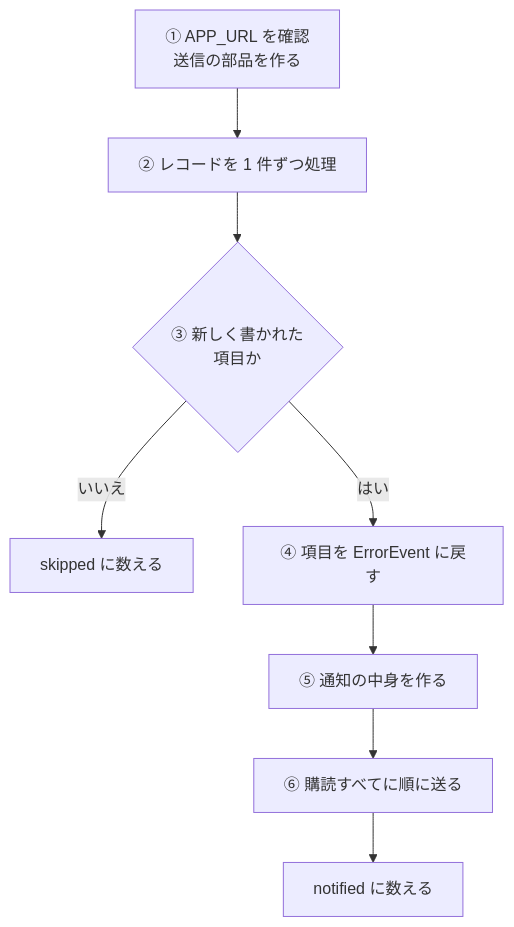
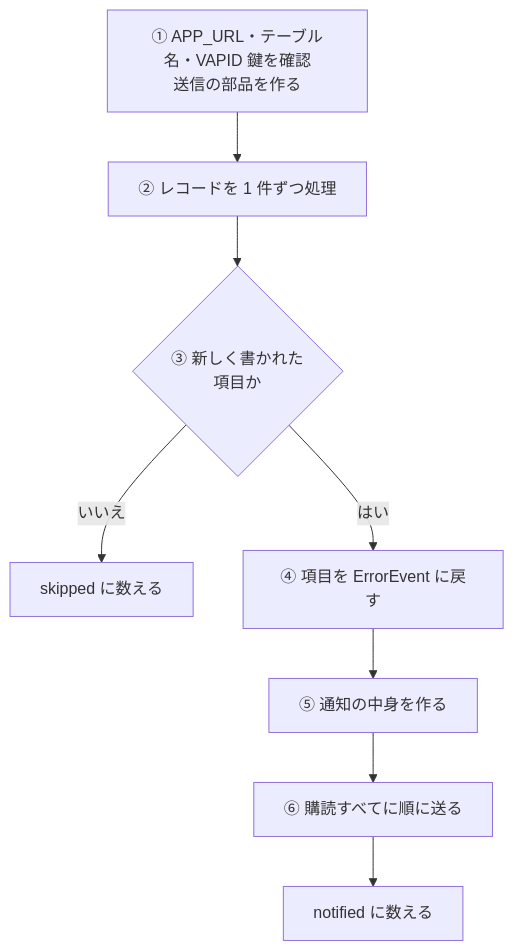
Before and after one commit to nagiyu/nagiyu-platform: the first of 2 diagrams in docs/services/admin/specs/batch/stream-handler.md, drawn with Mermaid. The commit also changed other lines of this file and 32 other files, not shown here.

````diff
--- a/docs/services/admin/specs/batch/stream-handler.md
+++ b/docs/services/admin/specs/batch/stream-handler.md
@@ -31,10 +31,10 @@
 ```mermaid
 flowchart TD
-    S[① APP_URL を確認<br/>送信の部品を作る] --> R[② レコードを 1 件ずつ処理]
+    S[① APP_URL・テーブル名・VAPID 鍵を確認<br/>送信の部品を作る] --> R[② レコードを 1 件ずつ処理]
     R --> A{③ 新しく書かれた<br/>項目か}
     A -->|いいえ| K[skipped に数える]
     A -->|はい| B[④ 項目を ErrorEvent に戻す]
     B --> C[⑤ 通知の中身を作る]
     C --> D[⑥ 購読すべてに順に送る]
     D --> P[notified に数える]
 ```
````
